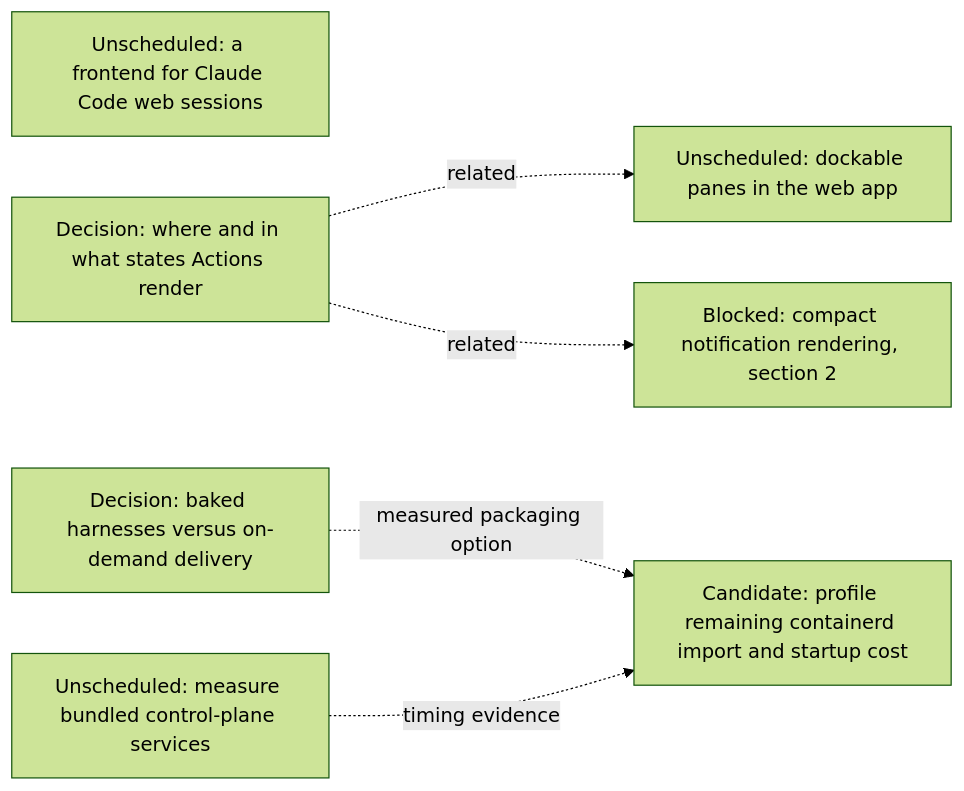
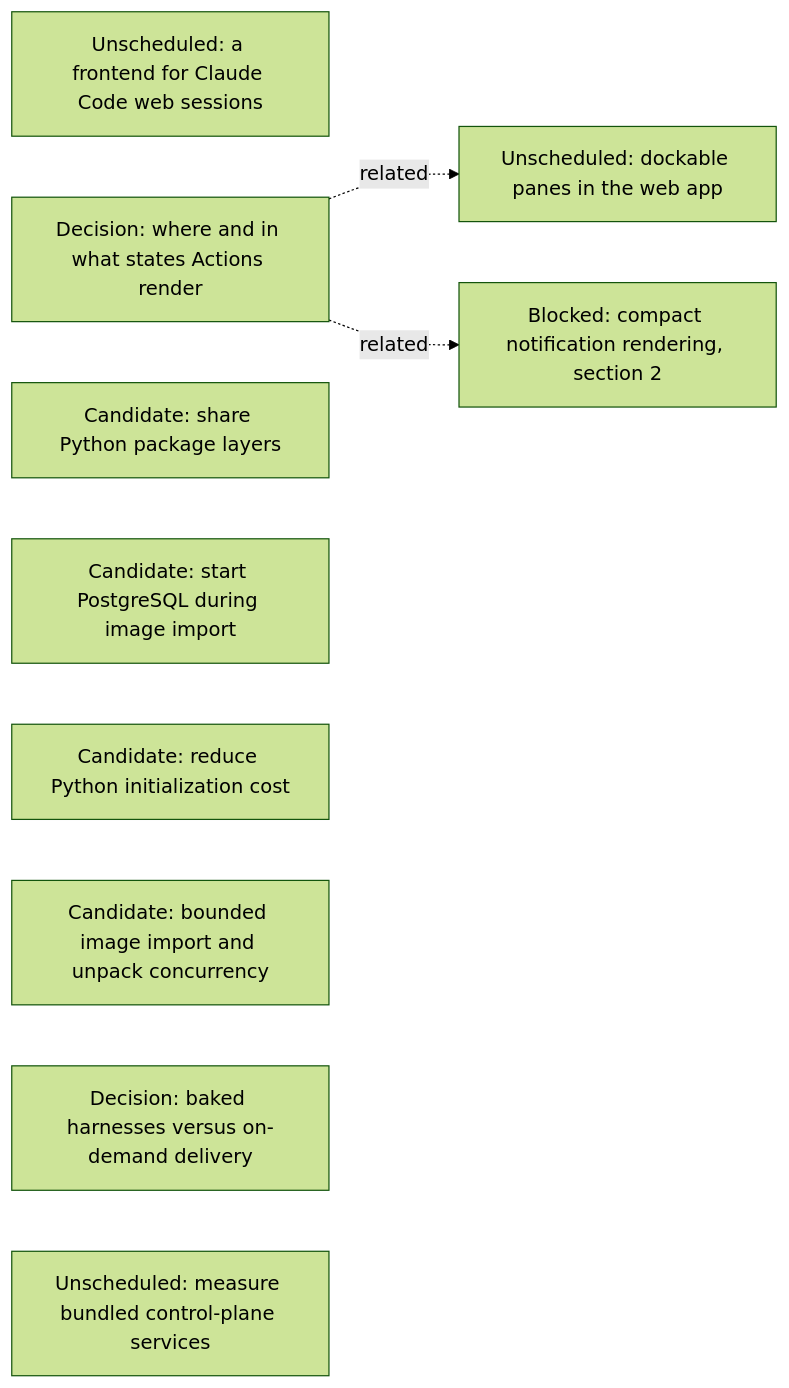
One commit to agentydragon/ducktape changed the seventh of 16 diagrams in agentplane/plans/task_dag.md. Above: the diagram before and after it, drawn with Mermaid (forest theme). The commit also changed other lines of this file, not shown here.

Commit message:
docs(agentplane): split k3s startup ideas into independent nodes

````diff
--- a/agentplane/plans/task_dag.md
+++ b/agentplane/plans/task_dag.md
@@ -583,14 +583,15 @@
 ```mermaid
 flowchart LR
     CLAUDE_CODE_WEB_BRIDGE[Unscheduled: a frontend for Claude Code web sessions]
     ACTION_SURFACES_DESIGN[Decision: where and in what states Actions render]
-    K3S_STARTUP_COST[Candidate: profile remaining containerd import and startup cost]
+    K3S_SHARED_PACKAGE_LAYERS[Candidate: share Python package layers]
+    K3S_DATABASE_STARTUP_OVERLAP[Candidate: start PostgreSQL during image import]
+    K3S_PYTHON_INITIALIZATION[Candidate: reduce Python initialization cost]
+    K3S_IMPORT_CONCURRENCY[Candidate: bounded image import and unpack concurrency]
     RUNNER_HARNESS_DELIVERY_DESIGN[Decision: baked harnesses versus on-demand delivery]
-    RUNNER_HARNESS_DELIVERY_DESIGN -. measured packaging option .-> K3S_STARTUP_COST
     K3S_BUNDLED_SERVICES_SPIKE[Unscheduled: measure bundled control-plane services]
-    K3S_BUNDLED_SERVICES_SPIKE -. timing evidence .-> K3S_STARTUP_COST
     DOCKABLE_PANES[Unscheduled: dockable panes in the web app]
     ACTION_SURFACES_DESIGN -. related .-> DOCKABLE_PANES
     NOTIFICATION_PRESENTATION[Blocked: compact notification rendering, section 2]
     ACTION_SURFACES_DESIGN -. related .-> NOTIFICATION_PRESENTATION
 ```
````
